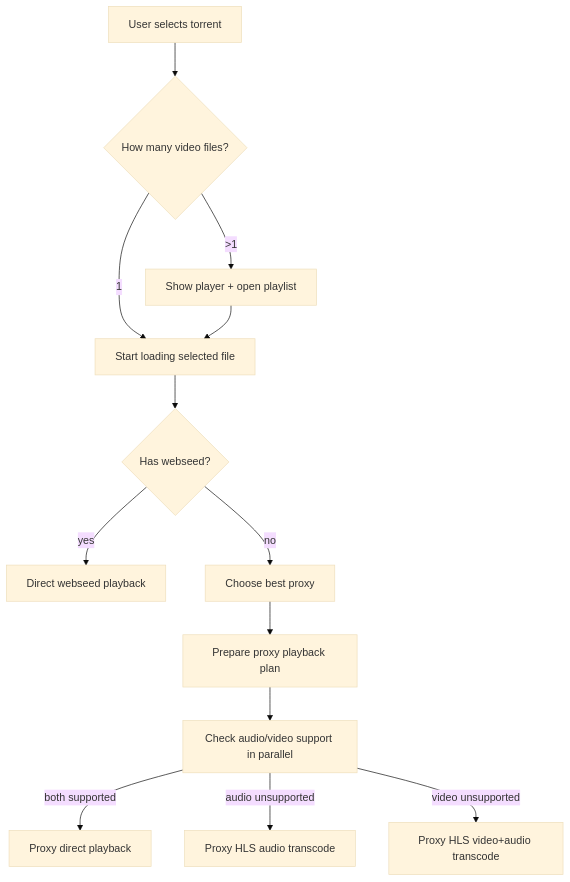
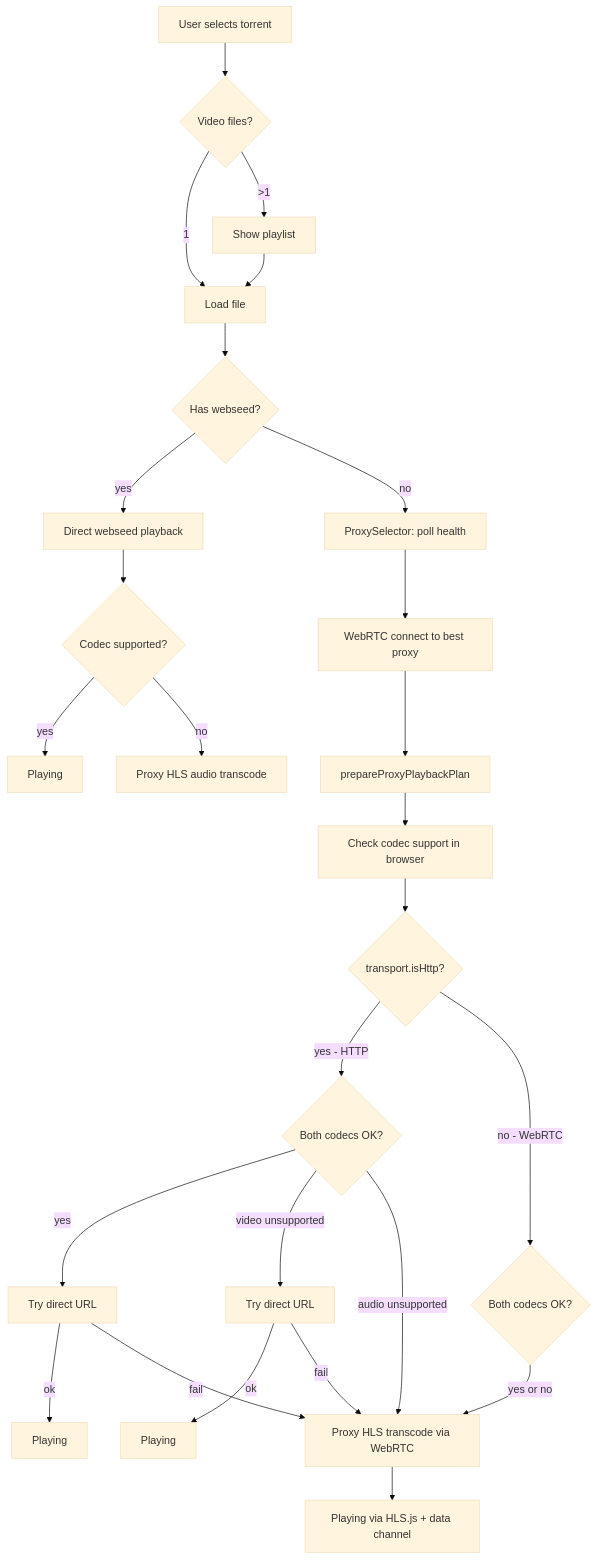
One commit to torrent-tv/server changed the sixth of 7 diagrams in README.md. Above: the diagram before and after it, drawn with Mermaid (base theme). The commit also changed other lines of this file and 19 other files, not shown here.

First line of the commit message:
feat: Enhance README and implement WebRTC support for proxy streaming

````diff
--- a/README.md
+++ b/README.md
@@ -122,15 +230,35 @@
 ```mermaid
 flowchart TD
-  A[User selects torrent] --> B{How many video files?}
-  B -->|1| C[Start loading selected file]
-  B -->|>1| D[Show player + open playlist]
+  A[User selects torrent] --> B{Video files?}
+  B -->|1| C[Load file]
+  B -->|>1| D[Show playlist]
   D --> C
+
   C --> E{Has webseed?}
   E -->|yes| F[Direct webseed playback]
-  E -->|no| G[Choose best proxy]
-  G --> H[Prepare proxy playback plan]
-  H --> I[Check audio/video support in parallel]
-  I -->|both supported| J[Proxy direct playback]
-  I -->|audio unsupported| K[Proxy HLS audio transcode]
-  I -->|video unsupported| L[Proxy HLS video+audio transcode]
+  F --> G{Codec supported?}
+  G -->|yes| DONE1[Playing]
+  G -->|no| H[Proxy HLS audio transcode]
+
+  E -->|no| I[ProxySelector: poll health]
+  I --> J[WebRTC connect to best proxy]
+  J --> K[prepareProxyPlaybackPlan]
+  K --> L[Check codec support in browser]
+
+  L --> M{transport.isHttp?}
+  M -->|yes - HTTP| N{Both codecs OK?}
+  M -->|no - WebRTC| O{Both codecs OK?}
+
+  N -->|yes| P[Try direct URL]
+  P -->|ok| DONE2[Playing]
+  P -->|fail| Q[HLS transcode]
+
+  N -->|video unsupported| R[Try direct URL]
+  R -->|ok| DONE3[Playing]
+  R -->|fail| Q
+
+  N -->|audio unsupported| Q
+  O -->|yes or no| Q
+
+  Q[Proxy HLS transcode via WebRTC] --> DONE4[Playing via HLS.js + data channel]
 ```
````
